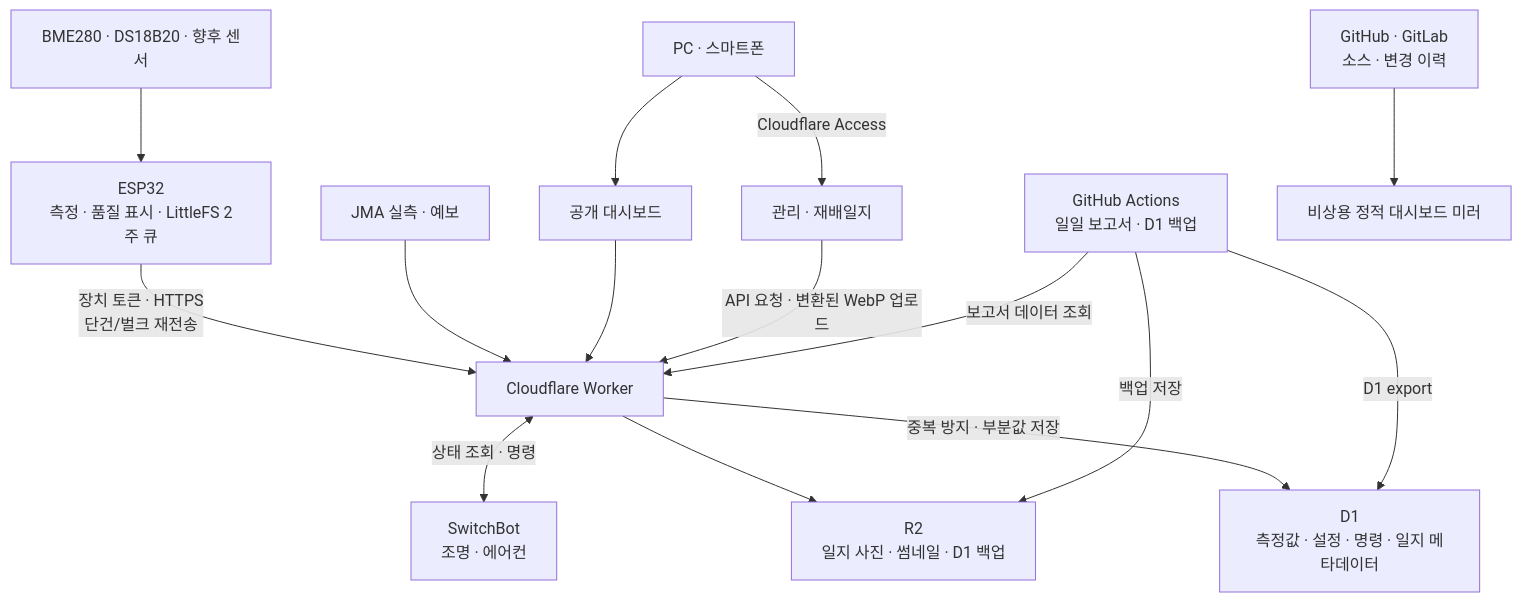
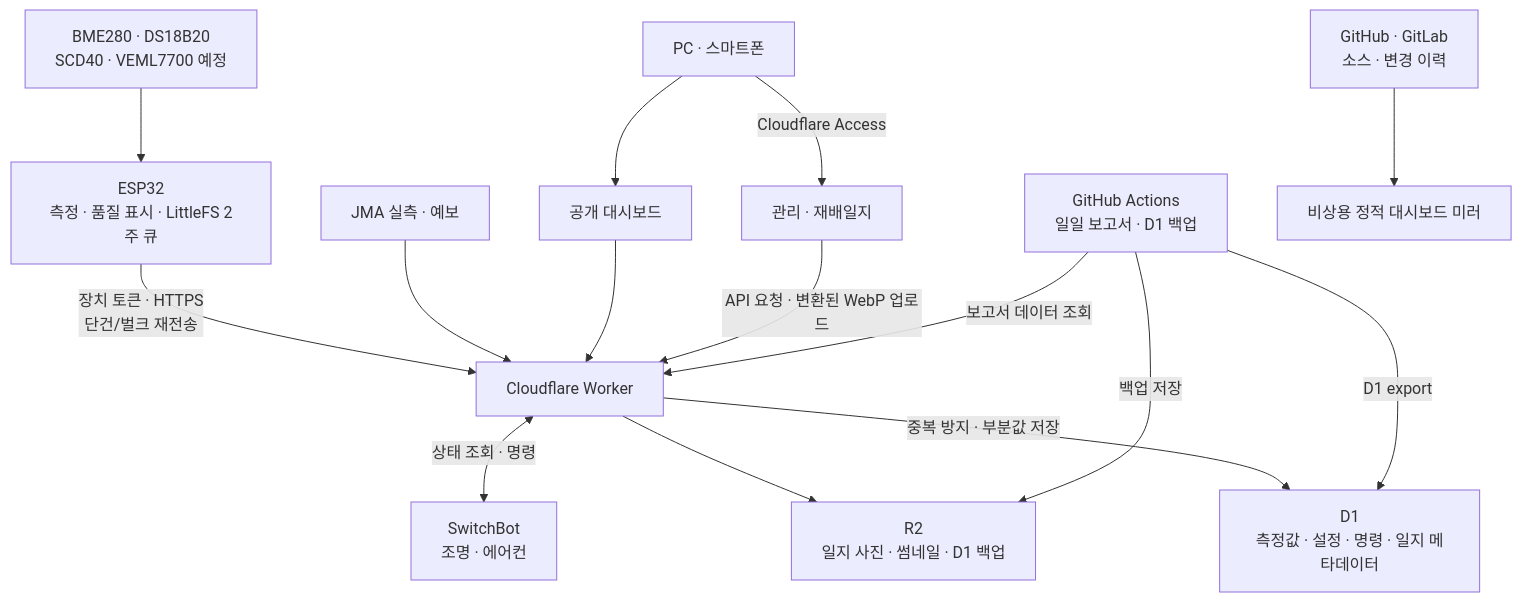
The diagram in ROADMAP.md (Flammenwerfer41/Hydroponics), drawn with Mermaid before and after one commit. The commit also changed other lines of this file, not shown here.

Commit message:
docs: refresh platform roadmap

````diff
--- a/ROADMAP.md
+++ b/ROADMAP.md
@@ -21,21 +38,21 @@
 ```mermaid
 flowchart TD
-  Sensors["BME280 · DS18B20 · 향후 센서"] --> ESP["ESP32<br/>측정 · 품질 표시 · LittleFS 2주 큐"]
+  Sensors["BME280 · DS18B20<br/>SCD40 · VEML7700 예정"] --> ESP["ESP32<br/>측정 · 품질 표시 · LittleFS 2주 큐"]
   ESP -->|"장치 토큰 · HTTPS<br/>단건/벌크 재전송"| Worker["Cloudflare Worker"]
   Worker -->|"중복 방지 · 부분값 저장"| D1["D1<br/>측정값 · 설정 · 명령 · 일지 메타데이터"]
 
   JMA["JMA 실측 · 예보"] --> Worker
   Worker <-->|"상태 조회 · 명령"| SwitchBot["SwitchBot<br/>조명 · 에어컨"]
 
   User["PC · 스마트폰"] --> Public["공개 대시보드"]
   User -->|"Cloudflare Access"| Admin["관리 · 재배일지"]
   Public --> Worker
   Admin -->|"API 요청 · 변환된 WebP 업로드"| Worker
   R2["R2<br/>일지 사진 · 썸네일 · D1 백업"]
   Worker --> R2
 
   Actions["GitHub Actions<br/>일일 보고서 · D1 백업"] -->|"보고서 데이터 조회"| Worker
   Actions -->|"D1 export"| D1
   Actions -->|"백업 저장"| R2
   Git["GitHub · GitLab<br/>소스 · 변경 이력"] --> Mirrors["비상용 정적 대시보드 미러"]
 ```
````
